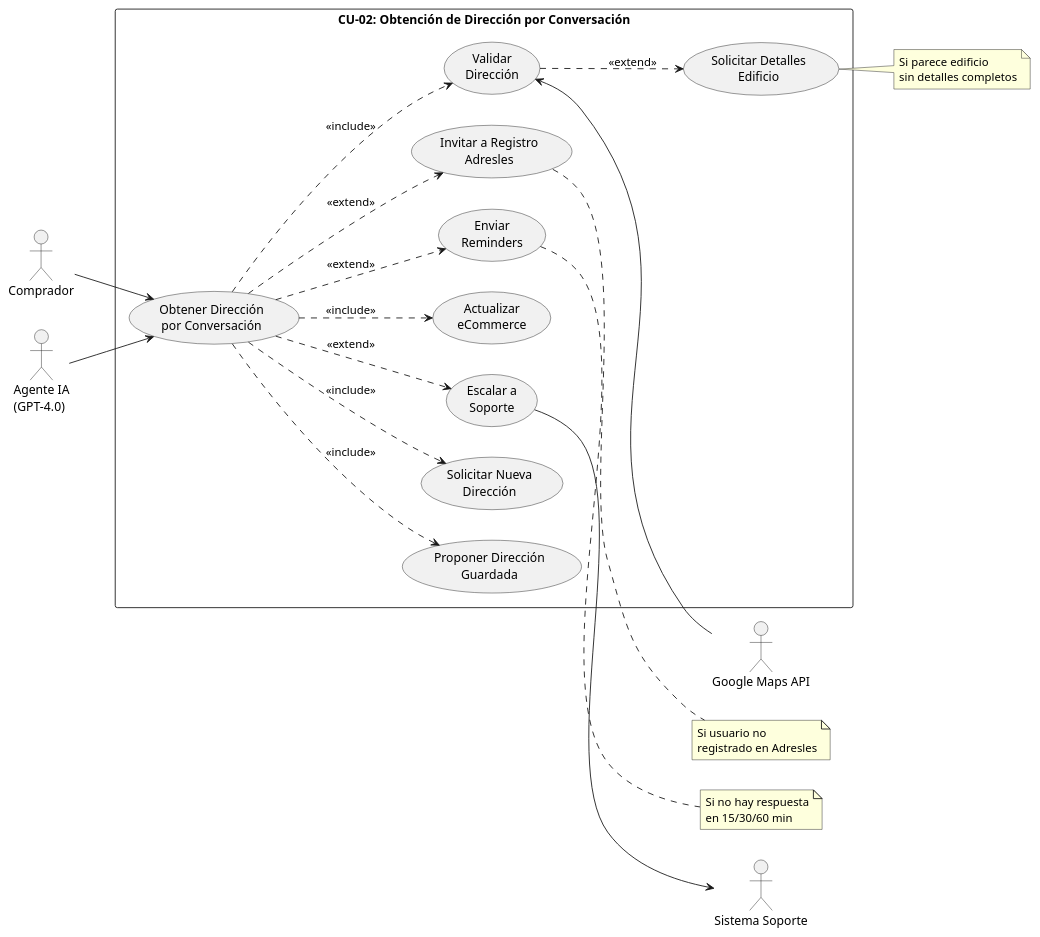
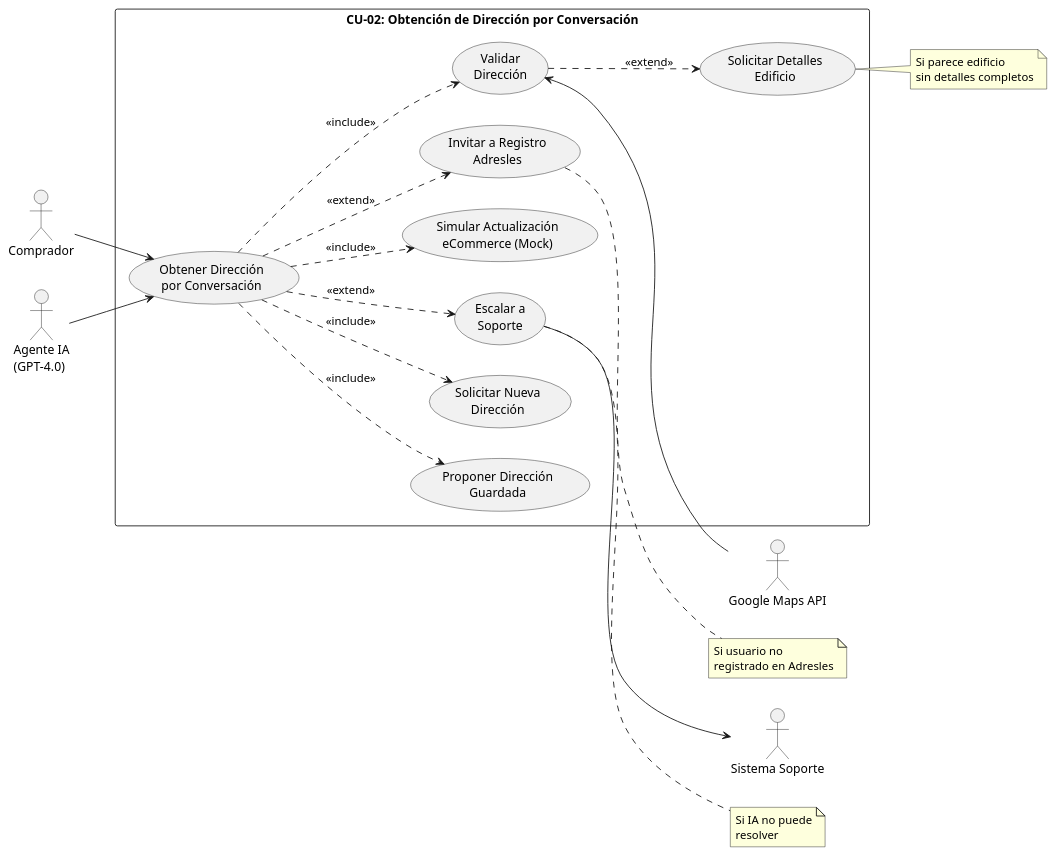
One commit to LIDR-academy/AI4Devs-finalproject changed the fourth of 17 diagrams in Adresles_Business.md. Above: the diagram before and after it, drawn with PlantUML. The commit also changed other lines of this file and 5 other files, not shown here.

````diff
--- a/Adresles_Business.md
+++ b/Adresles_Business.md
@@ -406,40 +498,38 @@
 ```plantuml
 @startuml CU-02 Obtener Dirección
 left to right direction
 skinparam packageStyle rectangle
 
 actor "Comprador" as comprador
 actor "Agente IA\n(GPT-4.0)" as agente
 actor "Google Maps API" as gmaps
 actor "Sistema Soporte" as soporte
 
 rectangle "CU-02: Obtención de Dirección por Conversación" {
     usecase "Obtener Dirección\npor Conversación" as UC1
     usecase "Proponer Dirección\nGuardada" as UC2
     usecase "Solicitar Nueva\nDirección" as UC3
     usecase "Validar\nDirección" as UC4
     usecase "Solicitar Detalles\nEdificio" as UC5
-    usecase "Actualizar\neCommerce" as UC6
+    usecase "Simular Actualización\neCommerce (Mock)" as UC6
     usecase "Invitar a Registro\nAdresles" as UC7
-    usecase "Enviar\nReminders" as UC8
-    usecase "Escalar a\nSoporte" as UC9
+    usecase "Escalar a\nSoporte" as UC8
 }
 
 comprador --> UC1
 agente --> UC1
 UC1 ..> UC2 : <<include>>
 UC1 ..> UC3 : <<include>>
 UC1 ..> UC4 : <<include>>
 UC4 <-- gmaps
 UC4 ..> UC5 : <<extend>>
 UC1 ..> UC6 : <<include>>
 UC1 ..> UC7 : <<extend>>
 UC1 ..> UC8 : <<extend>>
-UC1 ..> UC9 : <<extend>>
-UC9 --> soporte
+UC8 --> soporte
 
 note right of UC5 : Si parece edificio\nsin detalles completos
 note right of UC7 : Si usuario no\nregistrado en Adresles
-note right of UC8 : Si no hay respuesta\nen 15/30/60 min
+note right of UC8 : Si IA no puede\nresolver
 @enduml
 ```
````
